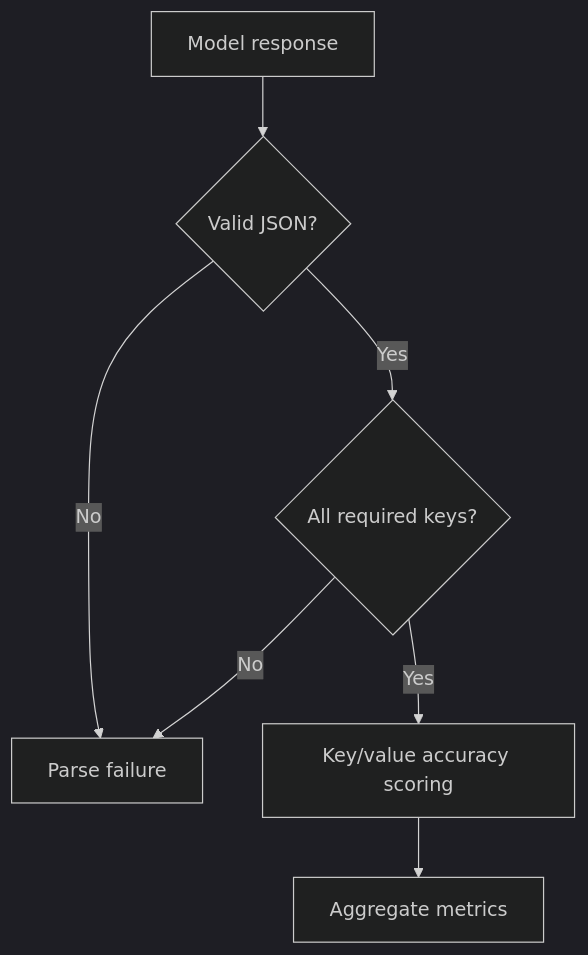
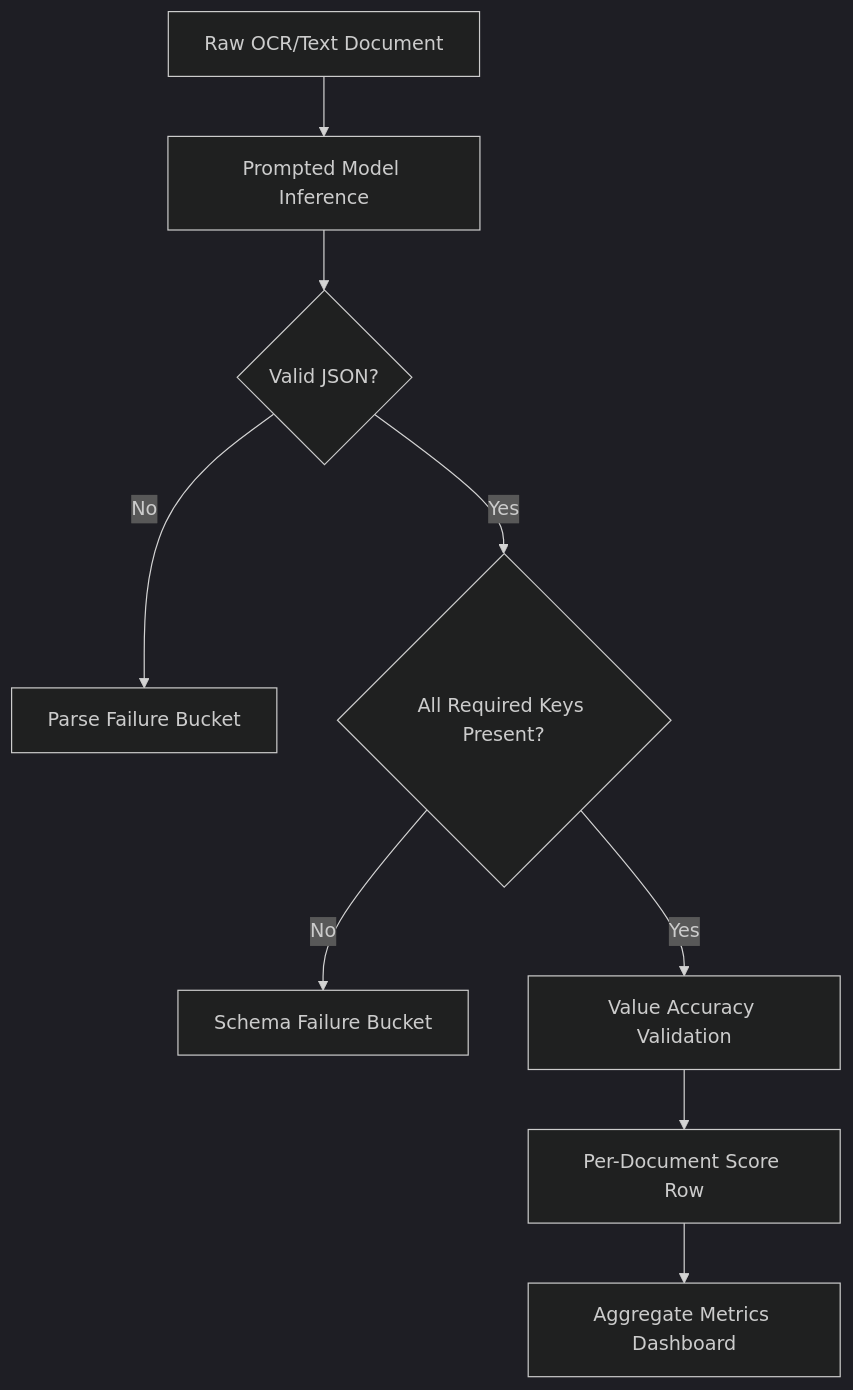
The second of 3 diagrams in README.md (ramalokeshreddyp/StructuraAI), drawn with Mermaid (dark theme) before and after one commit. The commit also changed other lines of this file and 2 other files, not shown here.

Commit message:
Enhance core documentation with comprehensive architecture and execution flows

````diff
--- a/README.md
+++ b/README.md
@@ -121,9 +80,11 @@
 ```mermaid
 flowchart TD
-  X[Model response] --> Y{Valid JSON?}
-  Y -- No --> Z[Parse failure]
-  Y -- Yes --> K{All required keys?}
-  K -- No --> Z
-  K -- Yes --> P[Key/value accuracy scoring]
-  P --> Q[Aggregate metrics]
+  X[Raw OCR/Text Document] --> Y[Prompted Model Inference]
+  Y --> Z{Valid JSON?}
+  Z -- No --> Z1[Parse Failure Bucket]
+  Z -- Yes --> K{All Required Keys Present?}
+  K -- No --> Z2[Schema Failure Bucket]
+  K -- Yes --> P[Value Accuracy Validation]
+  P --> Q[Per-Document Score Row]
+  Q --> R[Aggregate Metrics Dashboard]
 ```
````
